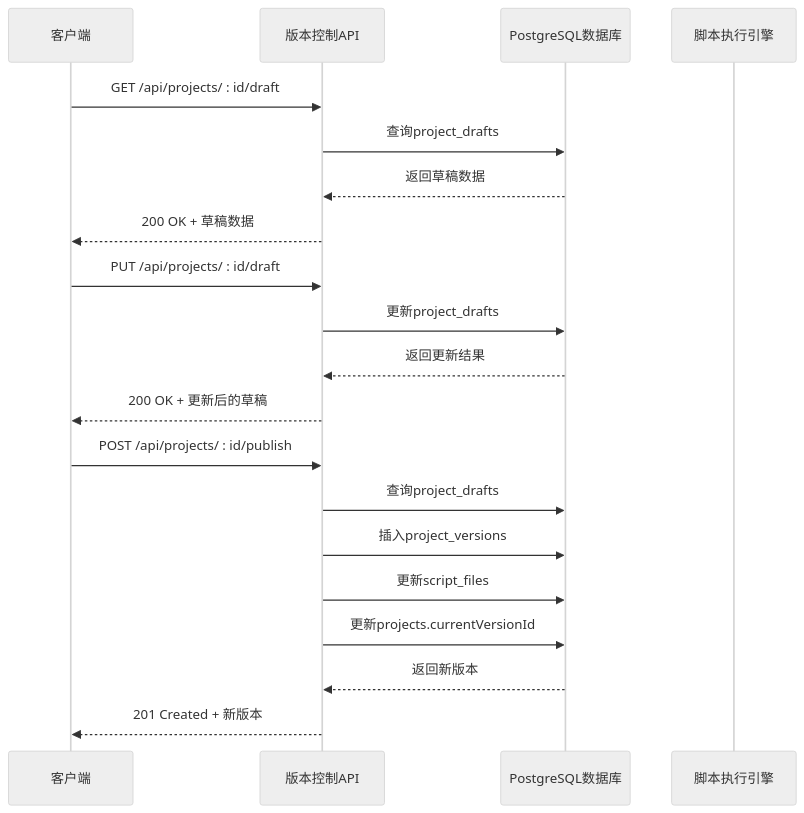
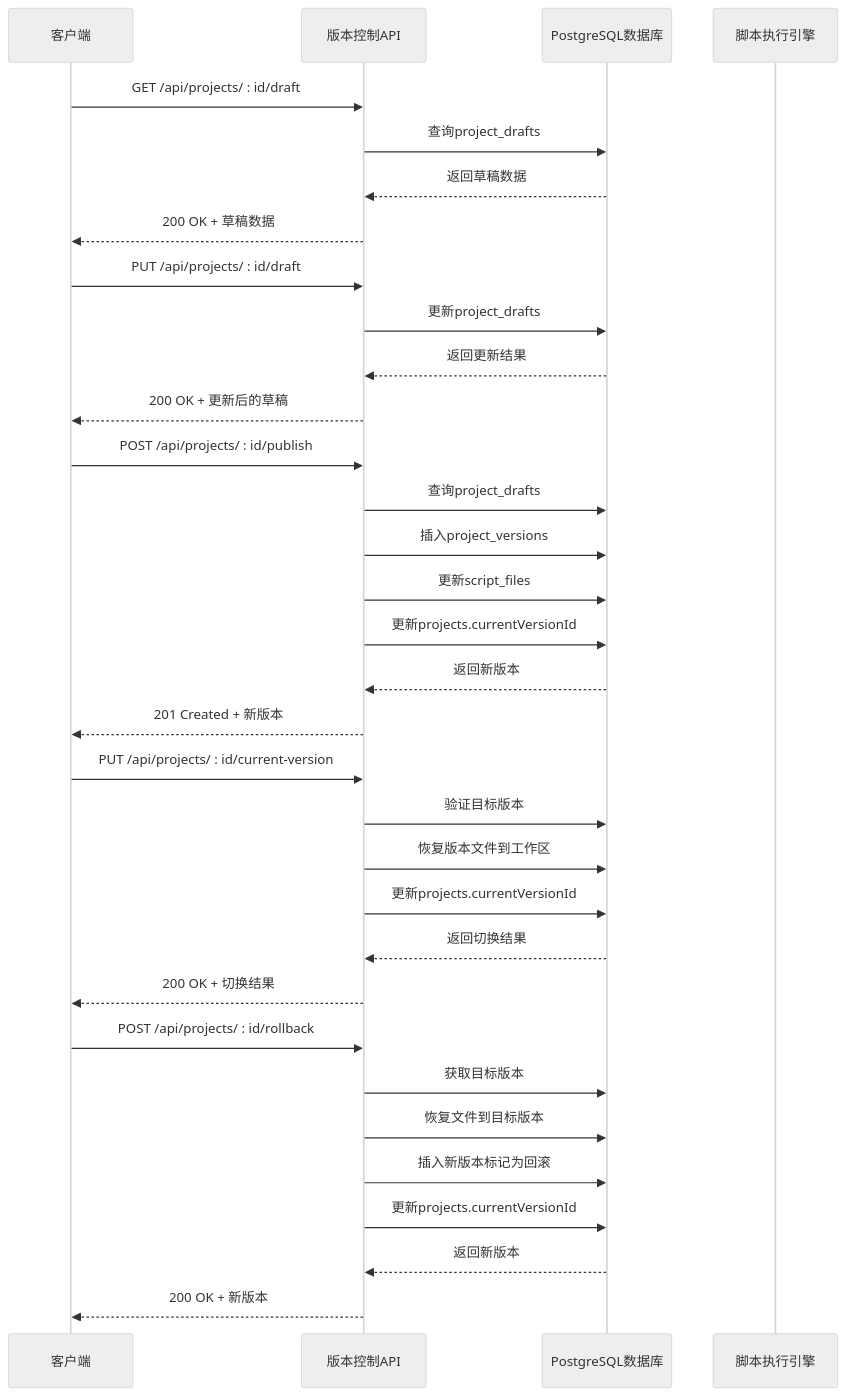
Before and after one commit to EverettCamus/HeartRule-Qoder: the third of 6 diagrams in .qoder/repowiki/zh/content/API接口文档/版本控制API.md, drawn with Mermaid (neutral theme). The commit also changed other lines of this file and 40 other files, not shown here.

````diff
--- a/.qoder/repowiki/zh/content/API接口文档/版本控制API.md
+++ b/.qoder/repowiki/zh/content/API接口文档/版本控制API.md
@@ -148,22 +156,35 @@
 ```mermaid
 sequenceDiagram
 participant Client as 客户端
 participant API as 版本控制API
 participant DB as PostgreSQL数据库
 participant Engine as 脚本执行引擎
 Client->>API : GET /api/projects/ : id/draft
 API->>DB : 查询project_drafts
 DB-->>API : 返回草稿数据
 API-->>Client : 200 OK + 草稿数据
 Client->>API : PUT /api/projects/ : id/draft
 API->>DB : 更新project_drafts
 DB-->>API : 返回更新结果
 API-->>Client : 200 OK + 更新后的草稿
 Client->>API : POST /api/projects/ : id/publish
 API->>DB : 查询project_drafts
 API->>DB : 插入project_versions
 API->>DB : 更新script_files
 API->>DB : 更新projects.currentVersionId
 DB-->>API : 返回新版本
 API-->>Client : 201 Created + 新版本
+Client->>API : PUT /api/projects/ : id/current-version
+API->>DB : 验证目标版本
+API->>DB : 恢复版本文件到工作区
+API->>DB : 更新projects.currentVersionId
+DB-->>API : 返回切换结果
+API-->>Client : 200 OK + 切换结果
+Client->>API : POST /api/projects/ : id/rollback
+API->>DB : 获取目标版本
+API->>DB : 恢复文件到目标版本
+API->>DB : 插入新版本标记为回滚
+API->>DB : 更新projects.currentVersionId
+DB-->>API : 返回新版本
+API-->>Client : 200 OK + 新版本
 ```
````
